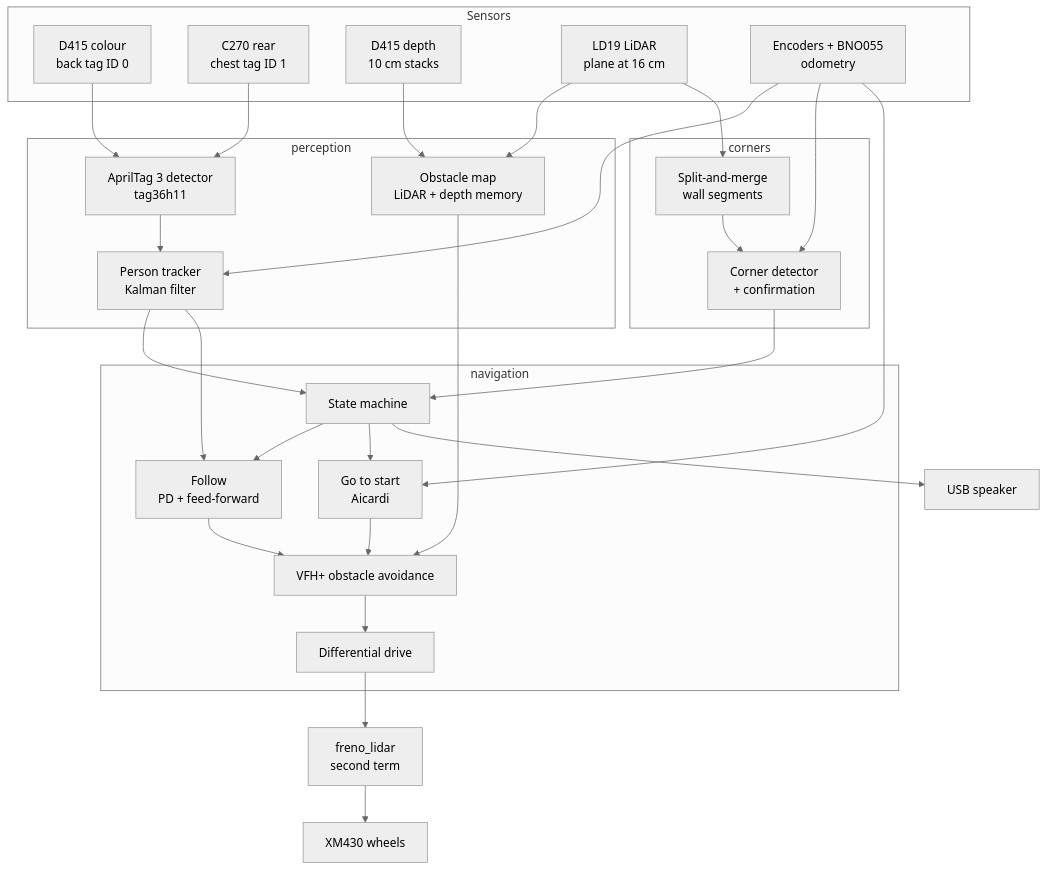
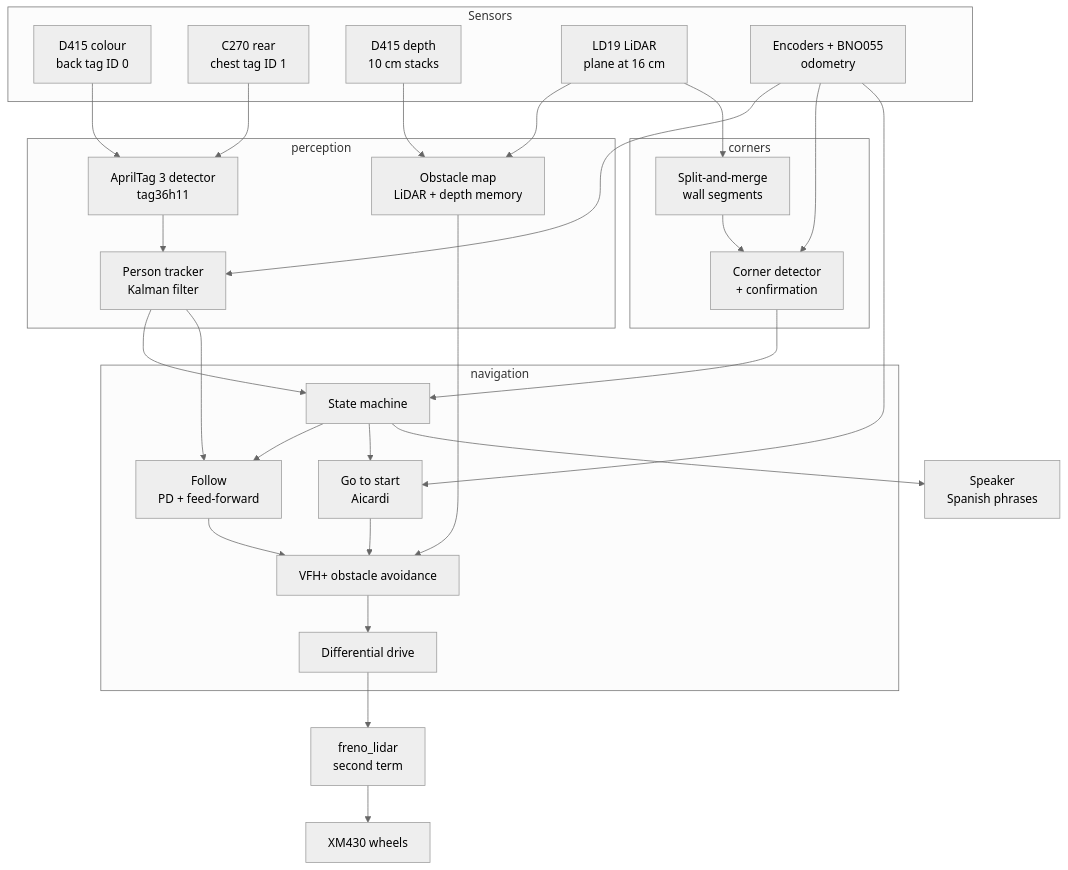
One commit to alejandra-obando/depth-social-nav-robot changed the diagram in docs/conventional_control.md. Above: the diagram before and after it, drawn with Mermaid (neutral theme). The commit also changed other lines of this file and 15 other files, not shown here.

````diff
--- a/docs/conventional_control.md
+++ b/docs/conventional_control.md
@@ -11,45 +11,45 @@
 ```mermaid
 flowchart TB
     subgraph Sensors
         D415C[D415 colour<br/>back tag ID 0]
         C270[C270 rear<br/>chest tag ID 1]
         D415D[D415 depth<br/>10 cm stacks]
         LIDAR[LD19 LiDAR<br/>plane at 16 cm]
         ODOM[Encoders + BNO055<br/>odometry]
     end
     subgraph perception
         TAG[AprilTag 3 detector<br/>tag36h11]
         KF[Person tracker<br/>Kalman filter]
         OBS[Obstacle map<br/>LiDAR + depth memory]
     end
     subgraph corners
         LINES[Split-and-merge<br/>wall segments]
         CORNER[Corner detector<br/>+ confirmation]
     end
     subgraph navigation
         FSM[State machine]
         FOLLOW[Follow<br/>PD + feed-forward]
         HOME[Go to start<br/>Aicardi]
         VFH[VFH+ obstacle avoidance]
         DD[Differential drive]
     end
     D415C --> TAG
     C270 --> TAG
     TAG --> KF
     D415D --> OBS
     LIDAR --> OBS
     LIDAR --> LINES --> CORNER
     ODOM --> KF
     ODOM --> CORNER
     ODOM --> HOME
     KF --> FSM
     CORNER --> FSM
     FSM --> FOLLOW
     FSM --> HOME
     KF --> FOLLOW
     FOLLOW --> VFH
     HOME --> VFH
     OBS --> VFH
     VFH --> DD --> BRAKE[freno_lidar<br/>second term] --> MOTORS[XM430 wheels]
-    FSM --> SPEAKER[USB speaker]
+    FSM --> SPEAKER[Speaker<br/>Spanish phrases]
 ```
````
